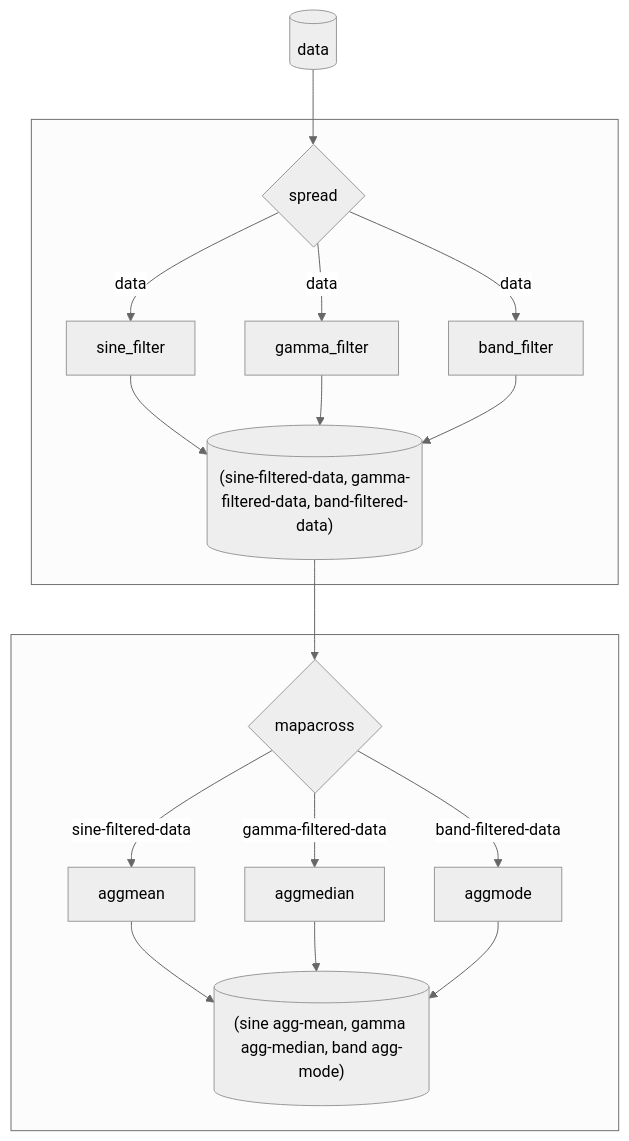
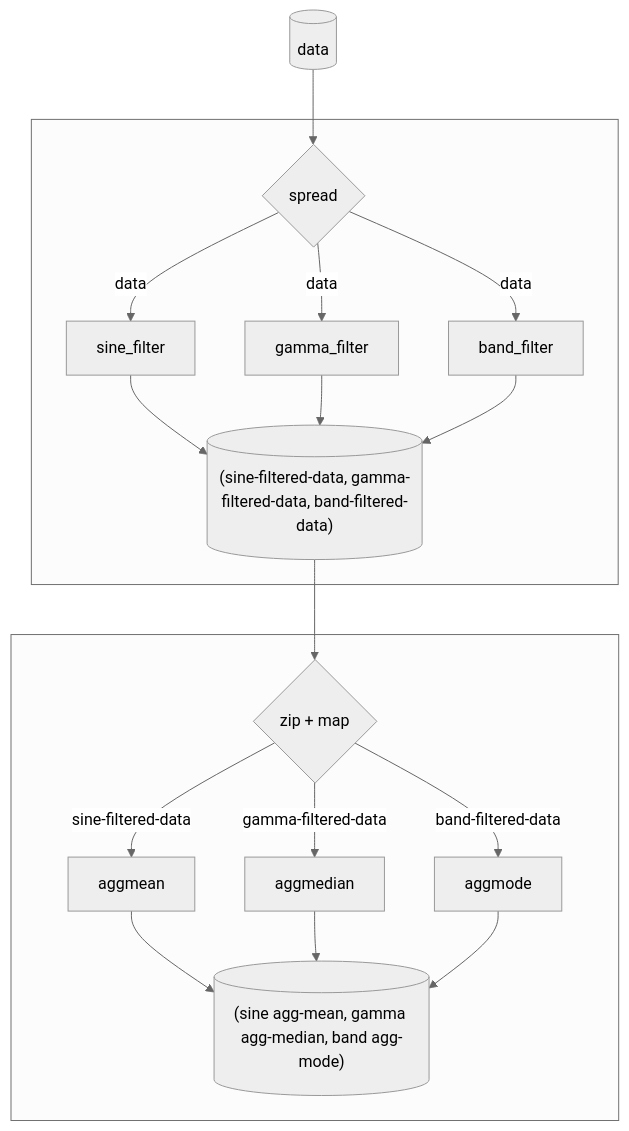
The eighth of 11 diagrams in docs/pipes.md (ejolly/py-utilz), drawn with Mermaid (neutral theme) before and after one commit. The commit also changed other lines of this file and 5 other files, not shown here.

````diff
--- a/docs/pipes.md
+++ b/docs/pipes.md
@@ -310,22 +324,22 @@
 ```mermaid
 graph TD
   df[(data)]-->spread{spread}
   subgraph  
   spread-- data -->sine[sine_filter]
   spread-- data -->gamma[gamma_filter]
   spread-- data -->band[band_filter]
   sine -->out[("(sine-filtered-data, gamma-filtered-data, band-filtered-data)")]
   gamma -->out
   band -->out
   end
 
-  out -->mapacross{mapacross}
+  out -->zip{zip + map}
   subgraph  
-  mapacross-- sine-filtered-data -->aggmean[aggmean]
-  mapacross-- gamma-filtered-data -->aggmedian[aggmedian]
-  mapacross-- band-filtered-data -->aggmode[aggmode]
+  zip-- sine-filtered-data -->aggmean[aggmean]
+  zip-- gamma-filtered-data -->aggmedian[aggmedian]
+  zip-- band-filtered-data -->aggmode[aggmode]
   aggmean --> dfout[("(sine agg-mean, gamma agg-median, band agg-mode)")]
   aggmedian -->dfout
   aggmode -->dfout
   end
 ```
````
